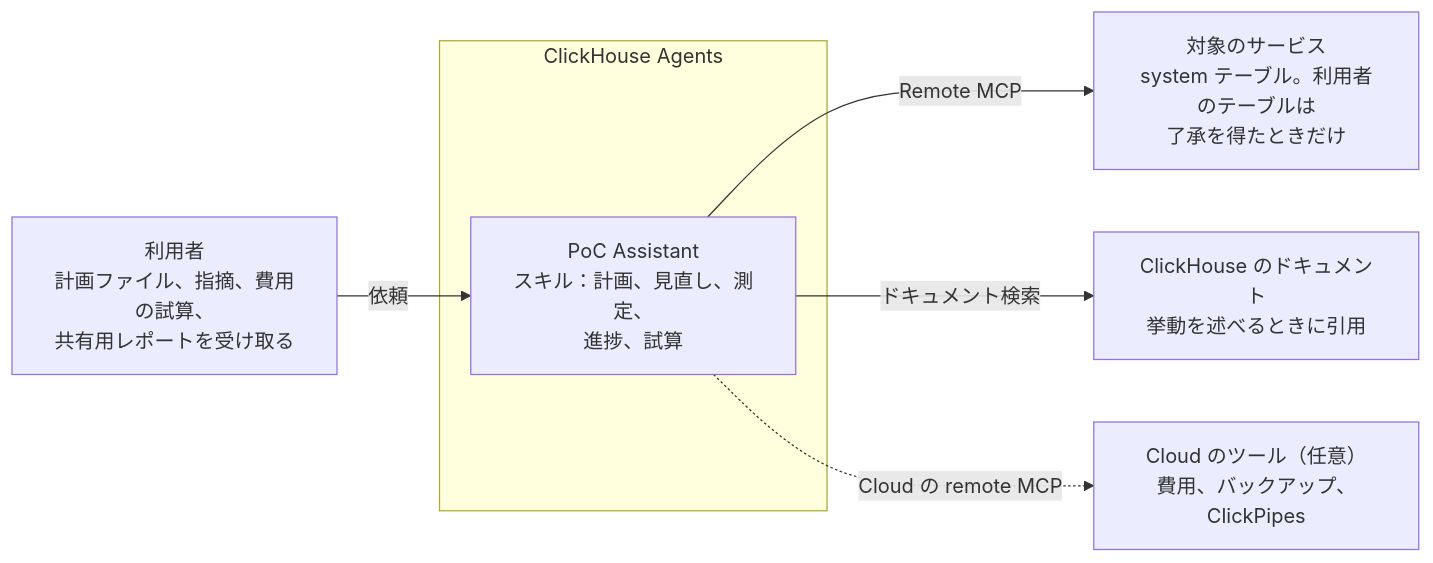
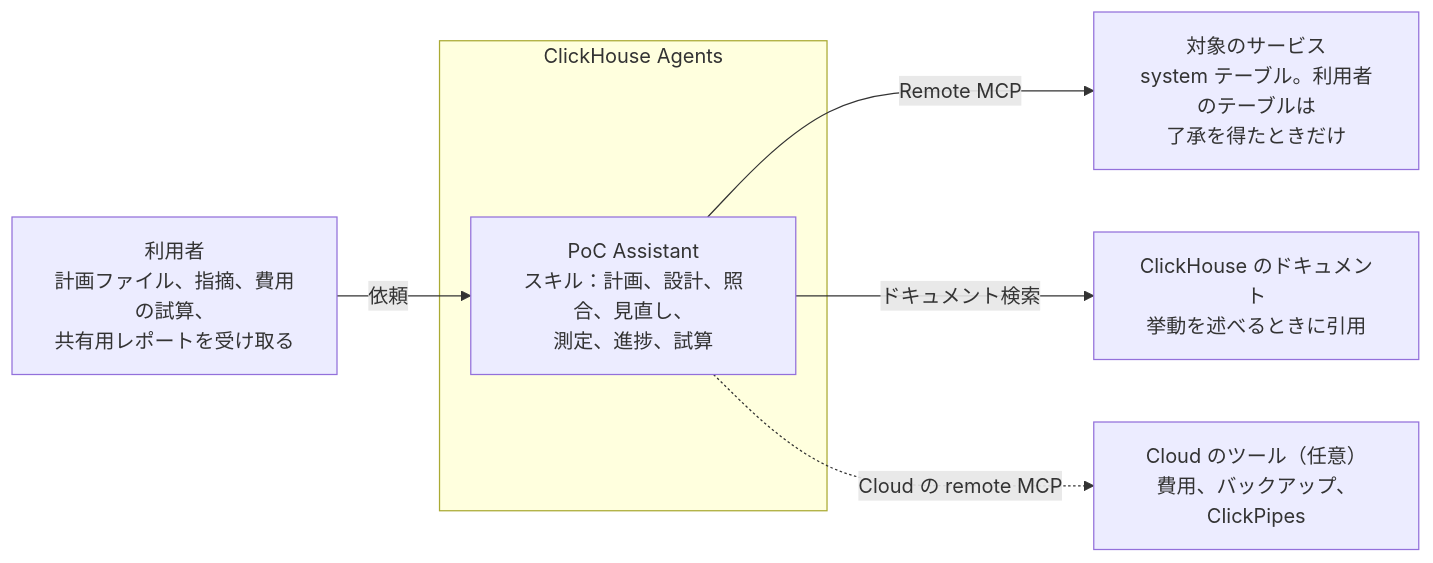
One commit to tkykenmt-at-ch/clickhouse-poc-assistant changed the diagram in README.ja.md. Above: the diagram before and after it, drawn with Mermaid. The commit also changed other lines of this file and 62 other files, not shown here.

````diff
--- a/README.ja.md
+++ b/README.ja.md
@@ -53,14 +57,14 @@
 ```mermaid
 flowchart LR
     U["利用者<br/>計画ファイル、指摘、費用の試算、<br/>共有用レポートを受け取る"]
     subgraph AG["ClickHouse Agents"]
-        A["PoC Assistant<br/>スキル：計画、見直し、測定、<br/>進捗、試算"]
+        A["PoC Assistant<br/>スキル：計画、設計、照合、見直し、<br/>測定、進捗、試算"]
     end
     SVC["対象のサービス<br/>system テーブル。利用者のテーブルは<br/>了承を得たときだけ"]
     D["ClickHouse のドキュメント<br/>挙動を述べるときに引用"]
     C["Cloud のツール（任意）<br/>費用、バックアップ、ClickPipes"]
     U -- "依頼" --> A
     A -- "Remote MCP" --> SVC
     A -- "ドキュメント検索" --> D
     A -. "Cloud の remote MCP" .-> C
 ```
````
